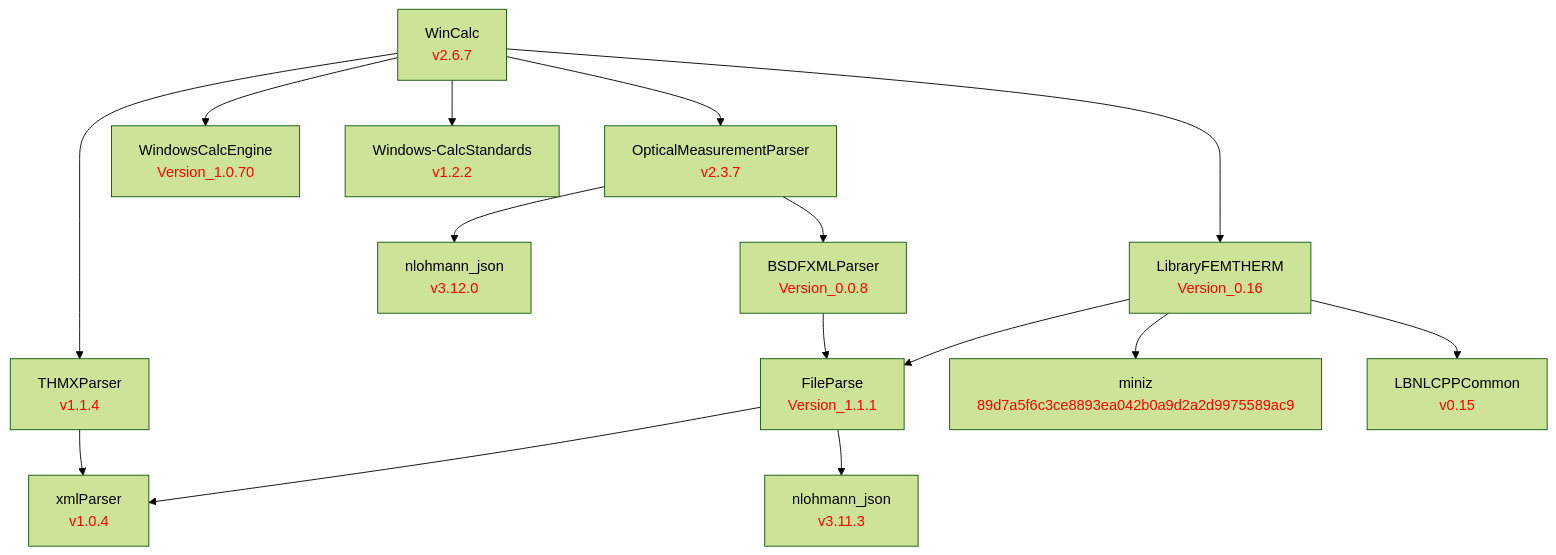
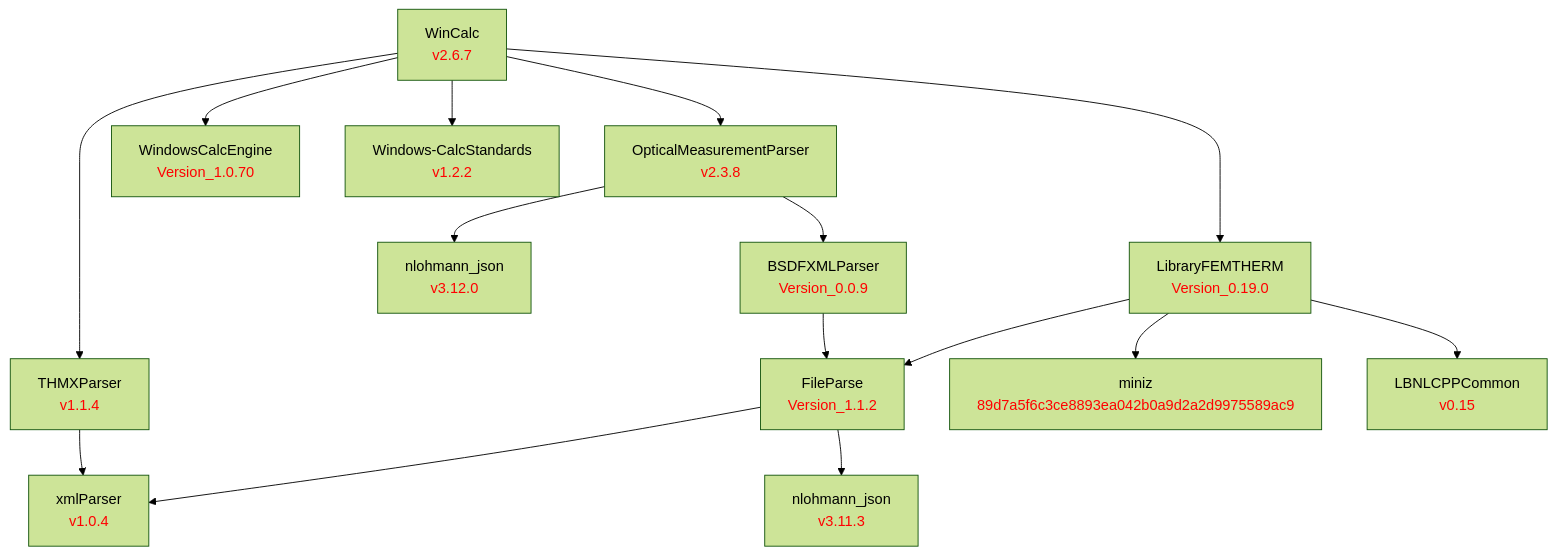
The diagram in doc/WinCalc.md (LBNL-ETA/WinCalc), drawn with Mermaid (forest theme) before and after one commit. The commit also changed 2 other files, not shown here.

Commit message:
Update deps (OMP v2.3.8, LibraryFEMTherm 0.19.0), auto-read transitive versions for diagram

````diff
--- a/doc/WinCalc.md
+++ b/doc/WinCalc.md
@@ -1,49 +1,49 @@
 ```mermaid
 graph TD
     %% Level 0
     WinCalc[WinCalc<br/><font color='red'>v2.6.7</font>]
 
     %% Level 1 - direct dependencies
-    OpticalMeasurementParser[OpticalMeasurementParser<br/><font color='red'>v2.3.7</font>]
+    OpticalMeasurementParser[OpticalMeasurementParser<br/><font color='red'>v2.3.8</font>]
     THMXParser[THMXParser<br/><font color='red'>v1.1.4</font>]
     WindowsCalcEngine[WindowsCalcEngine<br/><font color='red'>Version_1.0.70</font>]
     Windows-CalcStandards[Windows-CalcStandards<br/><font color='red'>v1.2.2</font>]
-    LibraryFEMTHERM[LibraryFEMTHERM<br/><font color='red'>Version_0.16</font>]
+    LibraryFEMTHERM[LibraryFEMTHERM<br/><font color='red'>Version_0.19.0</font>]
 
     %% Level 2
     nlohmann_omp[nlohmann_json<br/><font color='red'>v3.12.0</font>]
-    BSDFXMLParser[BSDFXMLParser<br/><font color='red'>Version_0.0.8</font>]
-    FileParse[FileParse<br/><font color='red'>Version_1.1.1</font>]
+    BSDFXMLParser[BSDFXMLParser<br/><font color='red'>Version_0.0.9</font>]
+    FileParse[FileParse<br/><font color='red'>Version_1.1.2</font>]
     miniz[miniz<br/><font color='red'>89d7a5f6c3ce8893ea042b0a9d2a2d9975589ac9</font>]
     LBNLCPPCommon[LBNLCPPCommon<br/><font color='red'>v0.15</font>]
 
     %% Level 3
     xmlParser[xmlParser<br/><font color='red'>v1.0.4</font>]
     nlohmann_fp[nlohmann_json<br/><font color='red'>v3.11.3</font>]
 
     %% WinCalc dependencies
     WinCalc --> OpticalMeasurementParser
     WinCalc --> THMXParser
     WinCalc --> WindowsCalcEngine
     WinCalc --> Windows-CalcStandards
     WinCalc --> LibraryFEMTHERM
 
     %% OpticalMeasurementParser dependencies
     OpticalMeasurementParser --> nlohmann_omp
     OpticalMeasurementParser --> BSDFXMLParser
 
     %% LibraryFEMTHERM dependencies
     LibraryFEMTHERM --> FileParse
     LibraryFEMTHERM --> miniz
     LibraryFEMTHERM --> LBNLCPPCommon
 
     %% BSDFXMLParser dependencies
     BSDFXMLParser --> FileParse
 
     %% FileParse dependencies
     FileParse --> xmlParser
     FileParse --> nlohmann_fp
 
     %% THMXParser dependencies
     THMXParser --> xmlParser
 ```
````
